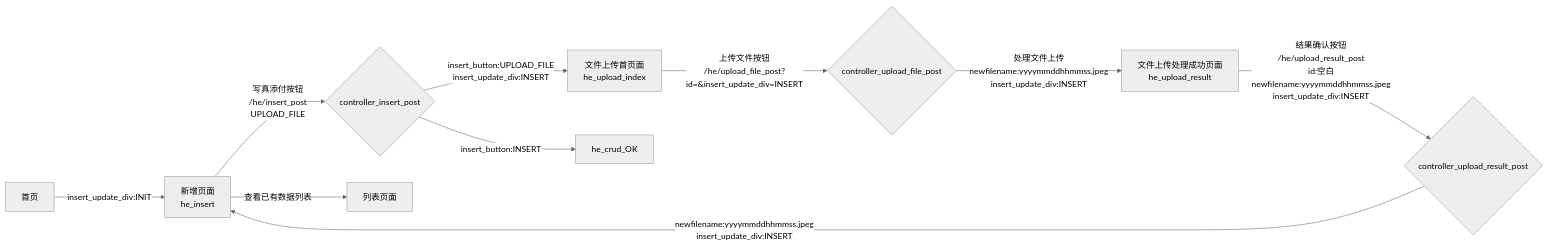
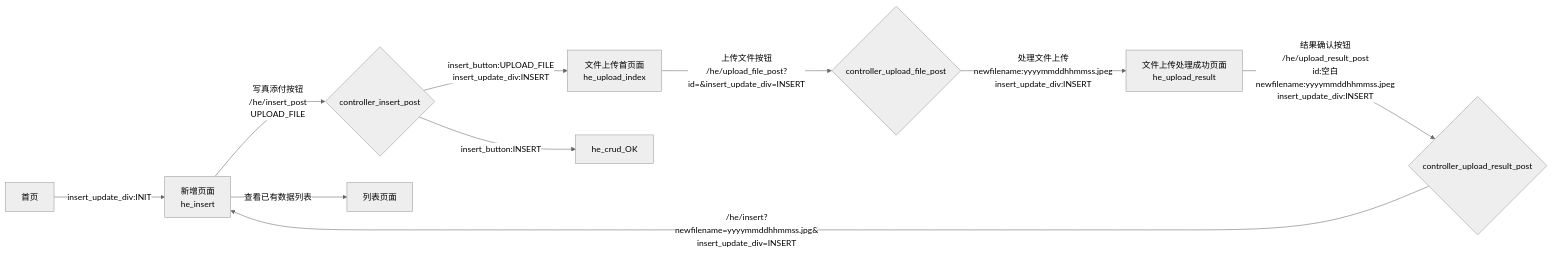
The diagram in doc/he/readme.md (plseal/zhangzu), drawn with Mermaid (neutral theme) before and after one commit.

````diff
--- a/doc/he/readme.md
+++ b/doc/he/readme.md
@@ -1,12 +1,12 @@
 ```mermaid
 graph LR
 A[首页] -->|insert_update_div:INIT| B[新增页面<br>he_insert]
 B --> |写真添付按钮<br>/he/insert_post<br>UPLOAD_FILE|G{controller_insert_post}
 G-->|insert_button:UPLOAD_FILE<br>insert_update_div:INSERT| C[文件上传首页面<br>he_upload_index]
 G-->|insert_button:INSERT| H[he_crud_OK]
 C -->|上传文件按钮<br>/he/upload_file_post?id=&insert_update_div=INSERT| I{controller_upload_file_post}
 I-->|处理文件上传<br>newfilename:yyyymmddhhmmss.jpeg<br>insert_update_div:INSERT| F[文件上传处理成功页面<br>he_upload_result]
 F-->|结果确认按钮<br>/he/upload_result_post<br>id:空白<br>newfilename:yyyymmddhhmmss.jpeg<br>insert_update_div:INSERT| J{controller_upload_result_post}
-J -->|newfilename:yyyymmddhhmmss.jpeg<br>insert_update_div:INSERT| B
+J -->|/he/insert?<br>newfilename=yyyymmddhhmmss.jpg&<br>insert_update_div=INSERT<br>| B
 B -->|查看已有数据列表| D[列表页面]
 ```
````
